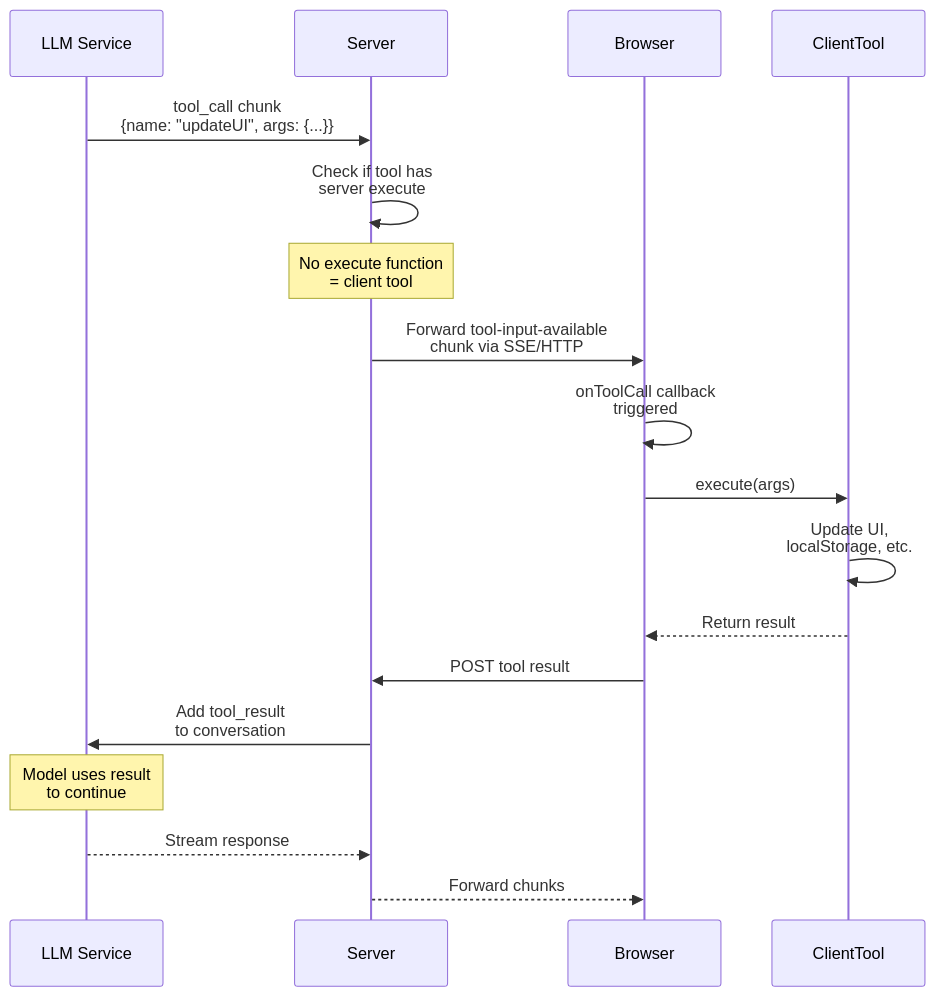
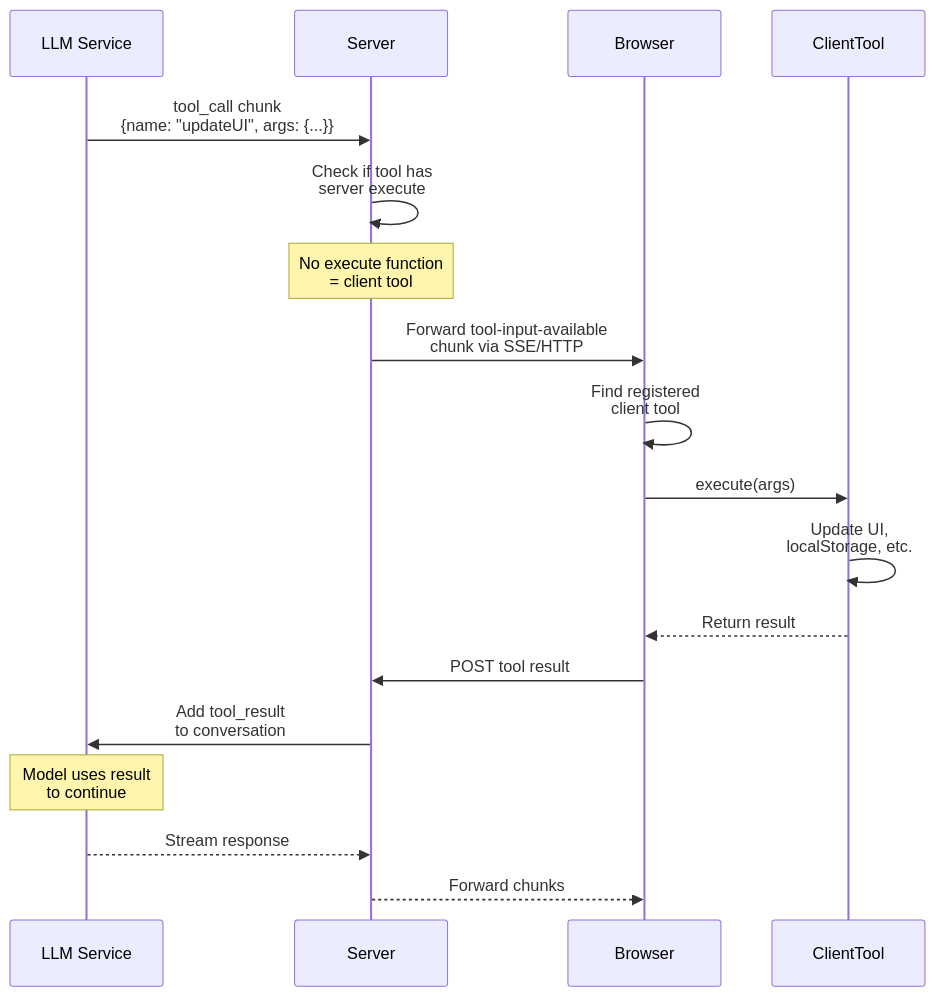
One commit to TanStack/ai changed the diagram in docs/tools/client-tools.md. Above: the diagram before and after it, drawn with Mermaid. The commit also changed other lines of this file and 44 other files, not shown here.

````diff
--- a/docs/tools/client-tools.md
+++ b/docs/tools/client-tools.md
@@ -18,25 +18,25 @@
 ```mermaid
 sequenceDiagram
     participant LLM Service
     participant Server
     participant Browser
     participant ClientTool
     
     LLM Service->>Server: tool_call chunk<br/>{name: "updateUI", args: {...}}
     Server->>Server: Check if tool has<br/>server execute
     
     Note over Server: No execute function<br/>= client tool
     
     Server->>Browser: Forward tool-input-available<br/>chunk via SSE/HTTP
-    Browser->>Browser: onToolCall callback<br/>triggered
+    Browser->>Browser: Find registered<br/>client tool
     Browser->>ClientTool: execute(args)
     ClientTool->>ClientTool: Update UI,<br/>localStorage, etc.
     ClientTool-->>Browser: Return result
     Browser->>Server: POST tool result
     Server->>LLM Service: Add tool_result<br/>to conversation
     
     Note over LLM Service: Model uses result<br/>to continue
     
     LLM Service-->>Server: Stream response
     Server-->>Browser: Forward chunks
 ```
````
